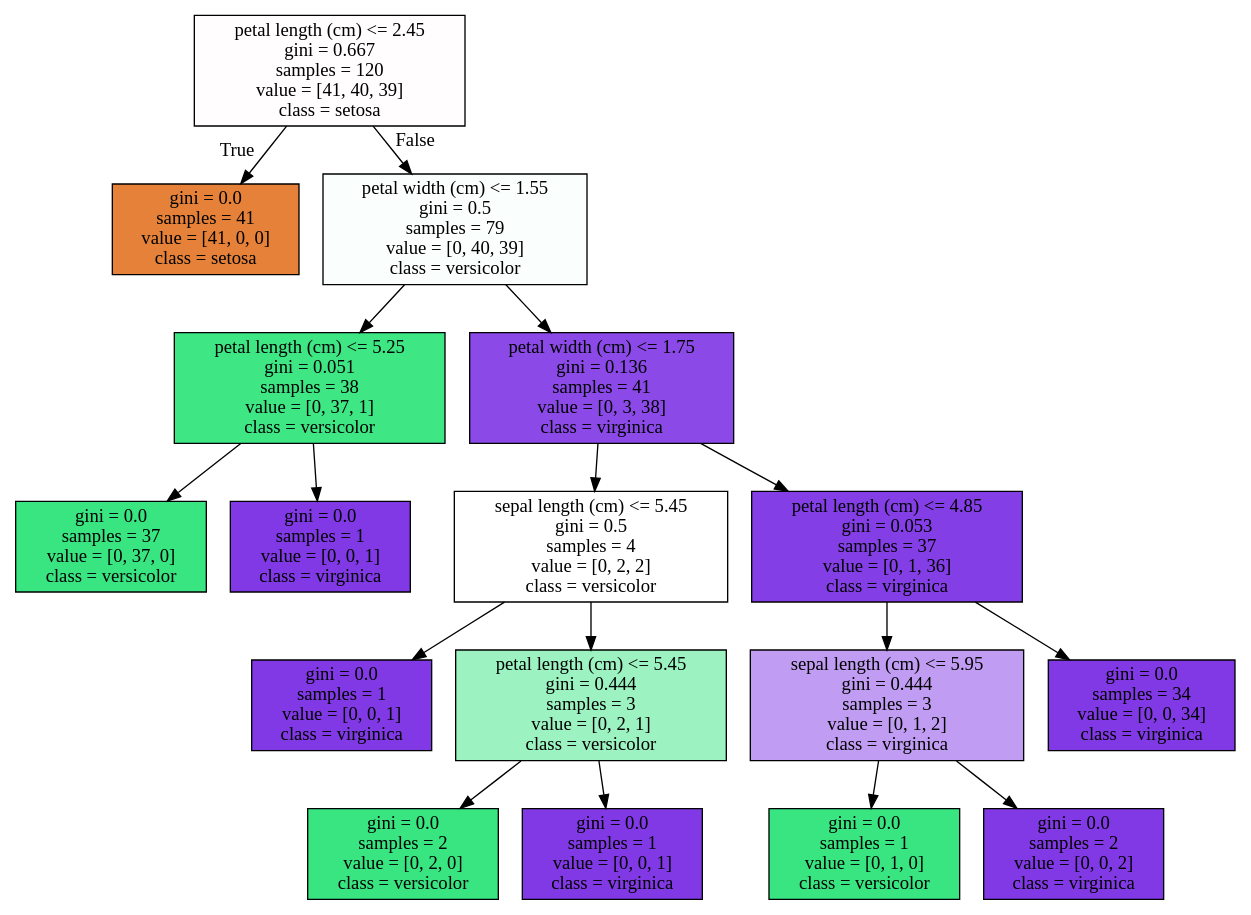
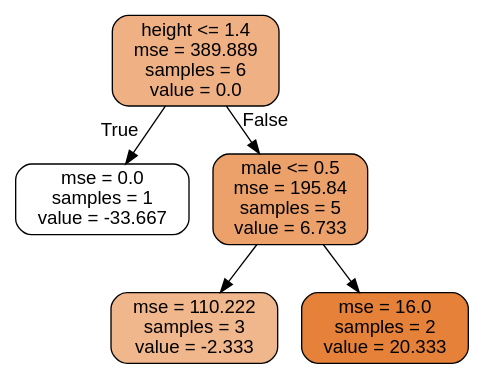
The diagram in 04.classification/img/tree.dot (whatwant-school/flipped-14th-python-ml), drawn with Graphviz before and after one commit. The commit also changed 1 other file, not shown here.

```diff
--- a/04.classification/img/tree.dot
+++ b/04.classification/img/tree.dot
@@ -1,36 +1,13 @@
 digraph Tree {
-node [shape=box, style="filled", color="black"] ;
-0 [label="petal length (cm) <= 2.45\ngini = 0.667\nsamples = 120\nvalue = [41, 40, 39]\nclass = setosa", fillcolor="#fffdfd"] ;
-1 [label="gini = 0.0\nsamples = 41\nvalue = [41, 0, 0]\nclass = setosa", fillcolor="#e58139"] ;
+node [shape=box, style="filled, rounded", color="black", fontname=helvetica] ;
+edge [fontname=helvetica] ;
+0 [label="height <= 1.4\nmse = 389.889\nsamples = 6\nvalue = 0.0", fillcolor="#efb084"] ;
+1 [label="mse = 0.0\nsamples = 1\nvalue = -33.667", fillcolor="#ffffff"] ;
 0 -> 1 [labeldistance=2.5, labelangle=45, headlabel="True"] ;
-2 [label="petal width (cm) <= 1.55\ngini = 0.5\nsamples = 79\nvalue = [0, 40, 39]\nclass = versicolor", fillcolor="#fafefc"] ;
+2 [label="male <= 0.5\nmse = 195.84\nsamples = 5\nvalue = 6.733", fillcolor="#eca16b"] ;
 0 -> 2 [labeldistance=2.5, labelangle=-45, headlabel="False"] ;
-3 [label="petal length (cm) <= 5.25\ngini = 0.051\nsamples = 38\nvalue = [0, 37, 1]\nclass = versicolor", fillcolor="#3ee684"] ;
+3 [label="mse = 110.222\nsamples = 3\nvalue = -2.333", fillcolor="#f0b68c"] ;
 2 -> 3 ;
-4 [label="gini = 0.0\nsamples = 37\nvalue = [0, 37, 0]\nclass = versicolor", fillcolor="#39e581"] ;
-3 -> 4 ;
-5 [label="gini = 0.0\nsamples = 1\nvalue = [0, 0, 1]\nclass = virginica", fillcolor="#8139e5"] ;
-3 -> 5 ;
-6 [label="petal width (cm) <= 1.75\ngini = 0.136\nsamples = 41\nvalue = [0, 3, 38]\nclass = virginica", fillcolor="#8b49e7"] ;
-2 -> 6 ;
-7 [label="sepal length (cm) <= 5.45\ngini = 0.5\nsamples = 4\nvalue = [0, 2, 2]\nclass = versicolor", fillcolor="#ffffff"] ;
-6 -> 7 ;
-8 [label="gini = 0.0\nsamples = 1\nvalue = [0, 0, 1]\nclass = virginica", fillcolor="#8139e5"] ;
-7 -> 8 ;
-9 [label="petal length (cm) <= 5.45\ngini = 0.444\nsamples = 3\nvalue = [0, 2, 1]\nclass = versicolor", fillcolor="#9cf2c0"] ;
-7 -> 9 ;
-10 [label="gini = 0.0\nsamples = 2\nvalue = [0, 2, 0]\nclass = versicolor", fillcolor="#39e581"] ;
-9 -> 10 ;
-11 [label="gini = 0.0\nsamples = 1\nvalue = [0, 0, 1]\nclass = virginica", fillcolor="#8139e5"] ;
-9 -> 11 ;
-12 [label="petal length (cm) <= 4.85\ngini = 0.053\nsamples = 37\nvalue = [0, 1, 36]\nclass = virginica", fillcolor="#843ee6"] ;
-6 -> 12 ;
-13 [label="sepal length (cm) <= 5.95\ngini = 0.444\nsamples = 3\nvalue = [0, 1, 2]\nclass = virginica", fillcolor="#c09cf2"] ;
-12 -> 13 ;
-14 [label="gini = 0.0\nsamples = 1\nvalue = [0, 1, 0]\nclass = versicolor", fillcolor="#39e581"] ;
-13 -> 14 ;
-15 [label="gini = 0.0\nsamples = 2\nvalue = [0, 0, 2]\nclass = virginica", fillcolor="#8139e5"] ;
-13 -> 15 ;
-16 [label="gini = 0.0\nsamples = 34\nvalue = [0, 0, 34]\nclass = virginica", fillcolor="#8139e5"] ;
-12 -> 16 ;
+4 [label="mse = 16.0\nsamples = 2\nvalue = 20.333", fillcolor="#e58139"] ;
+2 -> 4 ;
 }
```
